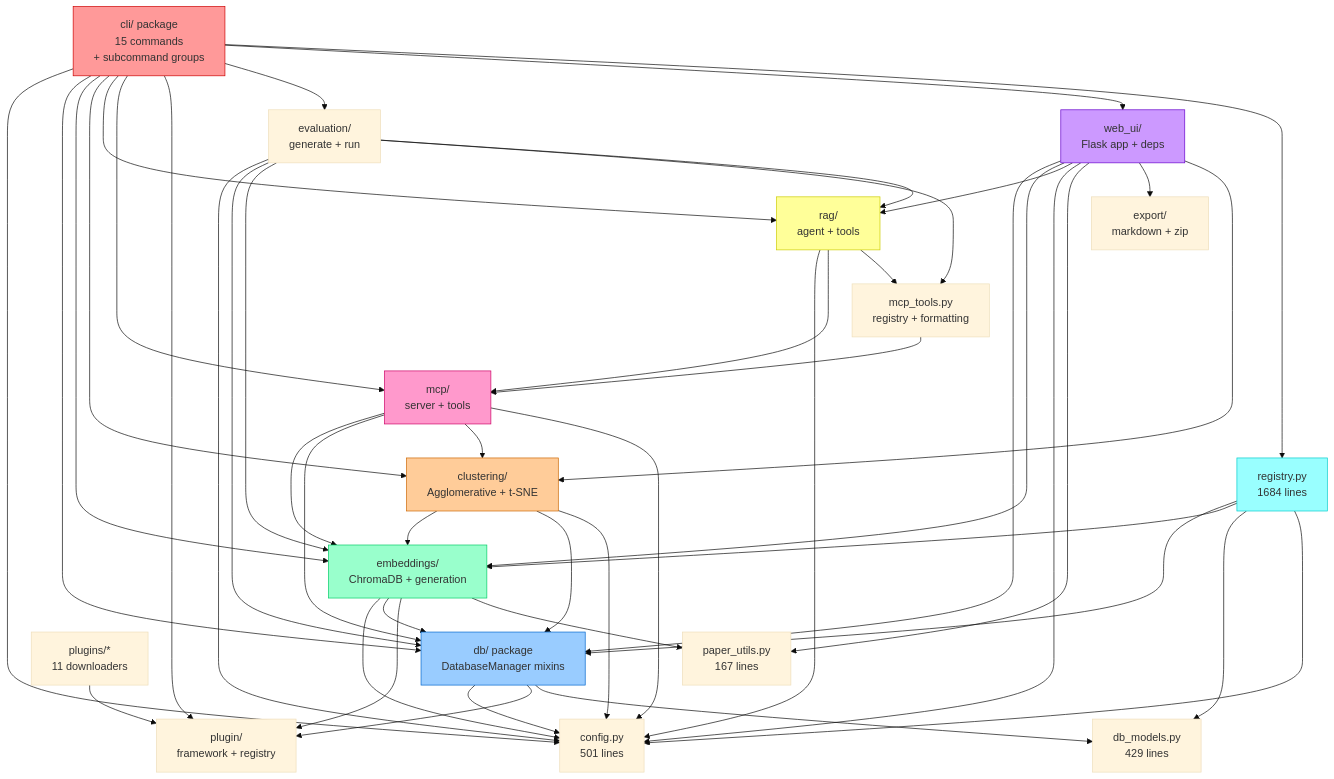
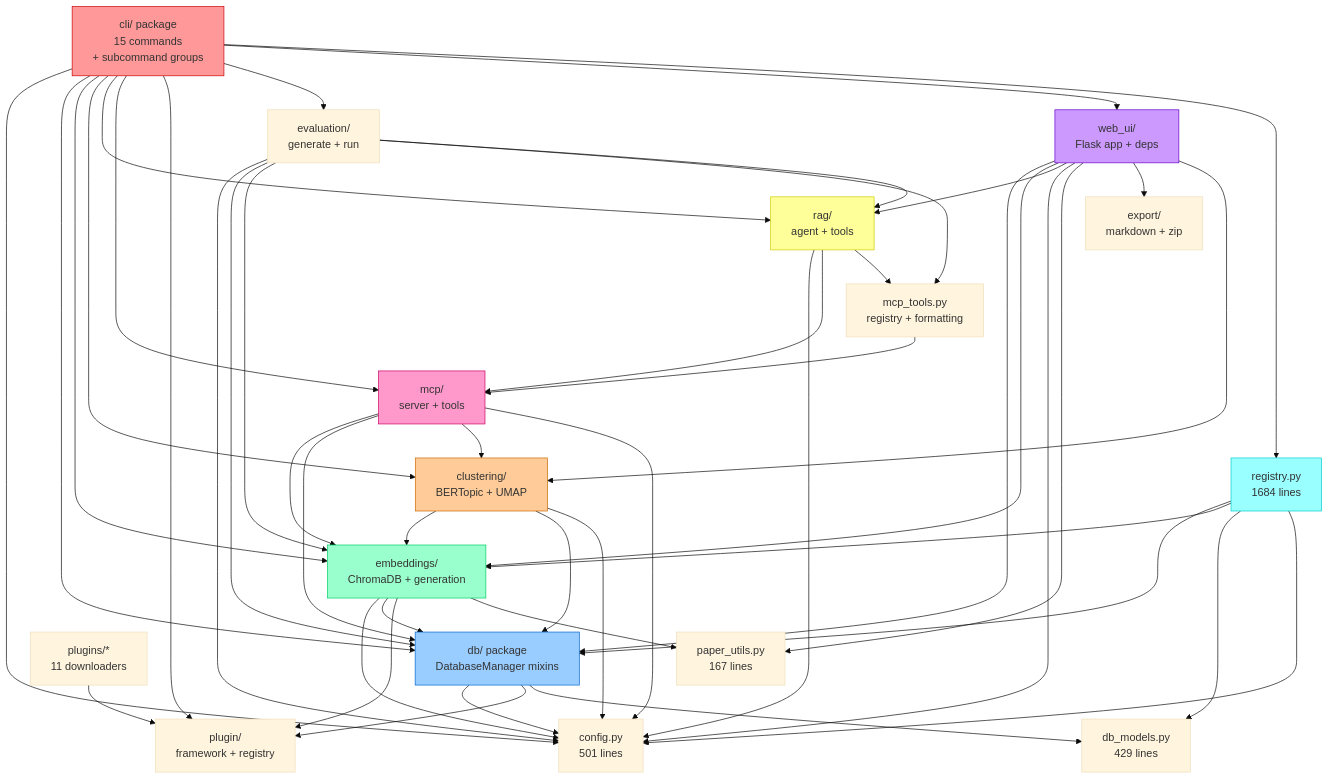
Before and after one commit to thawn/abstracts-explorer: the first of 9 diagrams in docs/architecture.md, drawn with Mermaid (base theme). The commit also changed other lines of this file and 50 other files, not shown here.

First line of the commit message:
feat: replace custom clustering with BERTopic

```diff
--- a/docs/architecture.md
+++ b/docs/architecture.md
@@ -43,7 +43,7 @@
     DB[db/ package<br/>DatabaseManager mixins]
     DBM[db_models.py<br/>429 lines]
     EMB[embeddings/<br/>ChromaDB + generation]
-    CLU[clustering/<br/>Agglomerative + t-SNE]
+    CLU[clustering/<br/>BERTopic + UMAP]
     RAG[rag/<br/>agent + tools]
     MCP[mcp/<br/>server + tools]
     MCT[mcp_tools.py<br/>registry + formatting]
```
